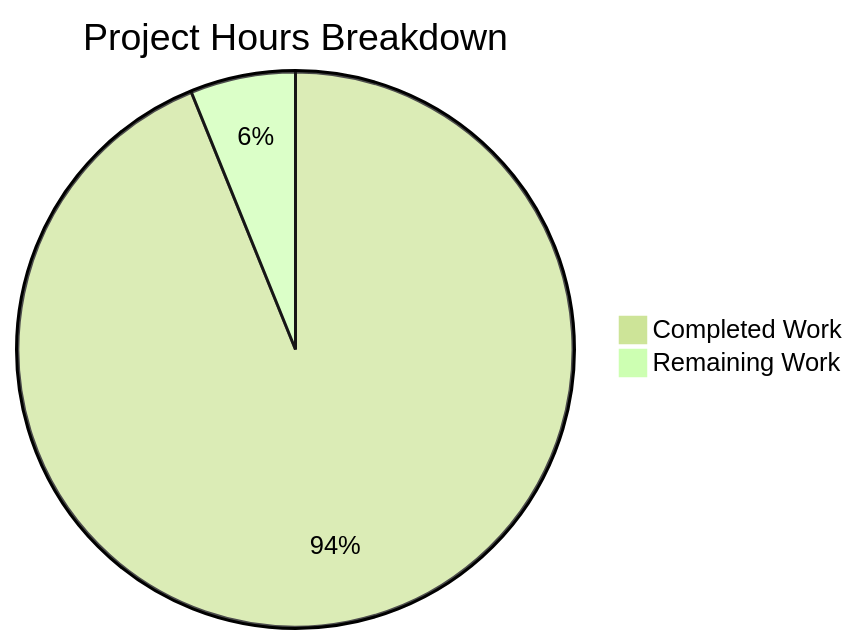
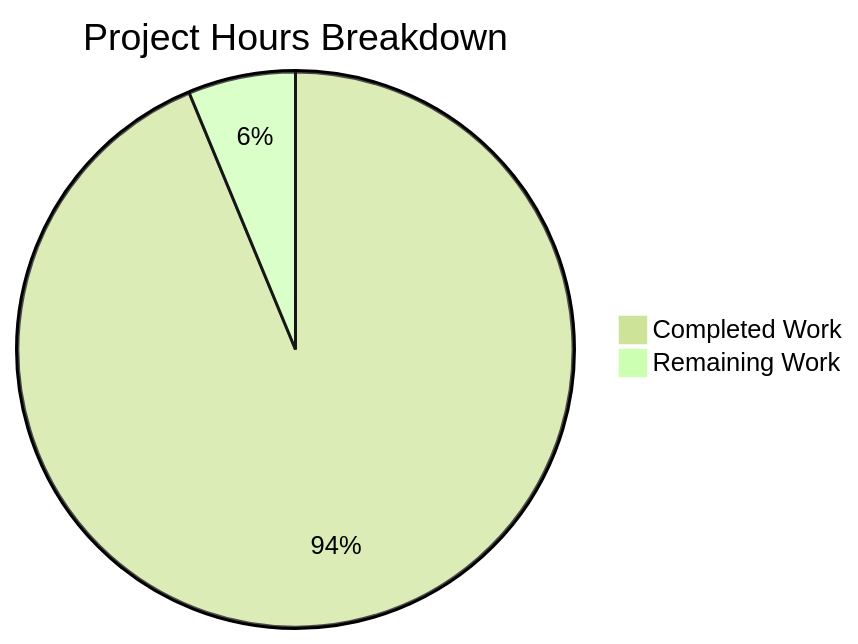
Before and after one commit to sudhanshu-spec/test-spec: the first of 2 diagrams in blitzy/documentation/Project Guide.md, drawn with Mermaid (forest theme). The commit also changed other lines of this file, not shown here.

Commit message:
Adding Blitzy Project Guide: Project Status and Human Tasks Remaining

````diff
--- a/blitzy/documentation/Project Guide.md
+++ b/blitzy/documentation/Project Guide.md
@@ -73,5 +26,5 @@
 ```mermaid
 pie title Project Hours Breakdown
-    "Completed Work" : 23
-    "Remaining Work" : 1.5
+    "Completed Work" : 30
+    "Remaining Work" : 2
 ```
````
